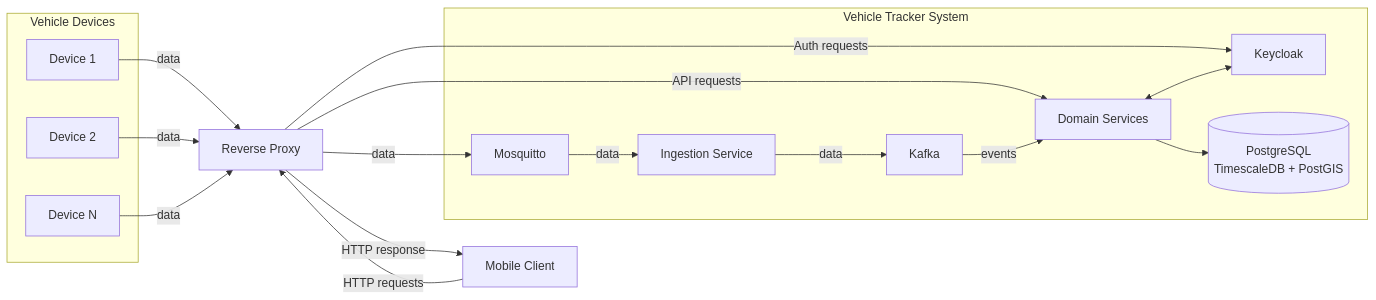
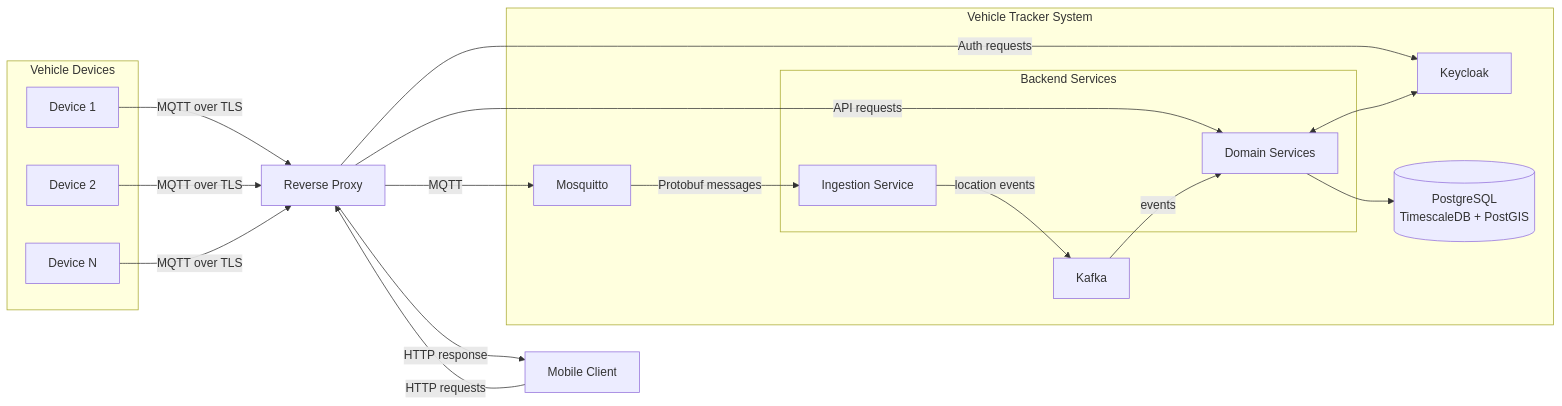
One commit to diogocerqueiralima/vehicle-tracker changed the diagram in README.md. Above: the diagram before and after it, drawn with Mermaid. The commit also changed other lines of this file, not shown here.

Commit message:
docs(readme): clarify the role of the ingestion service in the architecture diagram

````diff
--- a/README.md
+++ b/README.md
@@ -24,38 +24,41 @@
 ```mermaid
 flowchart LR
     subgraph Vehicle Devices
         D1[Device 1]
         D2[Device 2]
         DN[Device N]
     end
 
     APP[Mobile Client]
     RP[Reverse Proxy]
 
     subgraph Vehicle Tracker System
-        D[Domain Services]
-        I[Ingestion Service]
-        IDP[Keycloak]
         M[Mosquitto]
         K[Kafka]
+        IDP[Keycloak]
         DB[(PostgreSQL<br/>TimescaleDB + PostGIS)]
+
+        subgraph Backend Services
+            I[Ingestion Service]
+            D[Domain Services]
+        end
     end
 
-    D1 -->|data | RP
-    D2 -->|data | RP
-    DN -->|data | RP
+    D1 -->|MQTT over TLS| RP
+    D2 -->|MQTT over TLS| RP
+    DN -->|MQTT over TLS| RP
 
-    APP -->|HTTP requests | RP
+    APP -->|HTTP requests| RP
+    RP -->|HTTP response| APP
 
-    RP -->|HTTP response | APP
+    RP -->|API requests| D
+    RP -->|Auth requests| IDP
+    RP -->|MQTT| M
 
-    RP -->|API requests | D
-    RP -->|Auth requests | IDP
-    RP -->|data | M
-    M -->|data | I
-    I -->|data | K
+    M -->|Protobuf messages| I
+    I -->|location events| K
+    K -->|events| D
 
-    K -->|events | D
     D --> DB
     D <--> IDP
 ```
````
